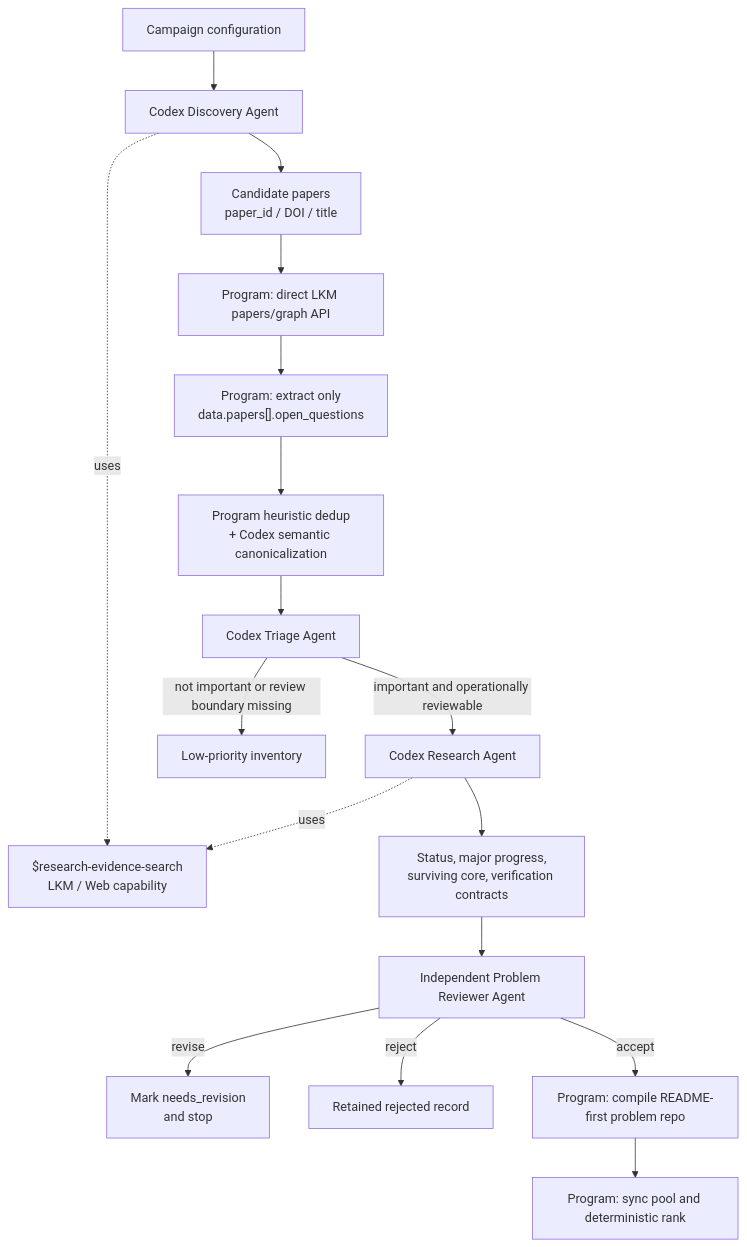
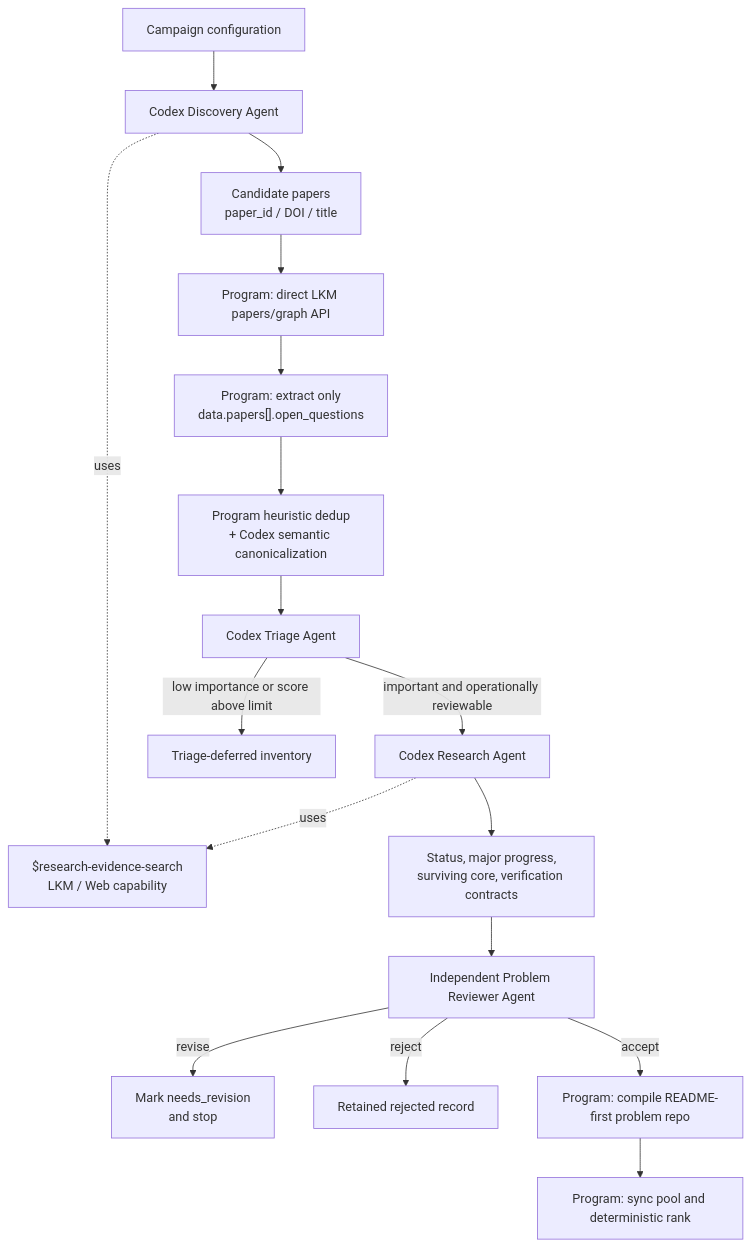
One commit to kunyuan/open-research-discovery changed the diagram in docs/discovery-pipeline.md. Above: the diagram before and after it, drawn with Mermaid. The commit also changed other lines of this file and 42 other files, not shown here.

````diff
--- a/docs/discovery-pipeline.md
+++ b/docs/discovery-pipeline.md
@@ -8,19 +8,19 @@
 ```mermaid
 flowchart TD
     C["Campaign configuration"] --> D["Codex Discovery Agent"]
     D -. "uses" .-> S["$research-evidence-search<br/>LKM / Web capability"]
     D --> P["Candidate papers<br/>paper_id / DOI / title"]
     P --> A["Program: direct LKM papers/graph API"]
     A --> O["Program: extract only<br/>data.papers[].open_questions"]
     O --> H["Program heuristic dedup<br/>+ Codex semantic canonicalization"]
     H --> T["Codex Triage Agent"]
-    T -->|"not important or review boundary missing"| L["Low-priority inventory"]
+    T -->|"low importance or score above limit"| L["Triage-deferred inventory"]
     T -->|"important and operationally reviewable"| R["Codex Research Agent"]
     R -. "uses" .-> S
     R --> E["Status, major progress,<br/>surviving core, verification contracts"]
     E --> V["Independent Problem Reviewer Agent"]
     V -->|"revise"| N["Mark needs_revision<br/>and stop"]
     V -->|"reject"| X["Retained rejected record"]
     V -->|"accept"| G["Program: compile README-first problem repo"]
     G --> Y["Program: sync pool and deterministic rank"]
 ```
````
